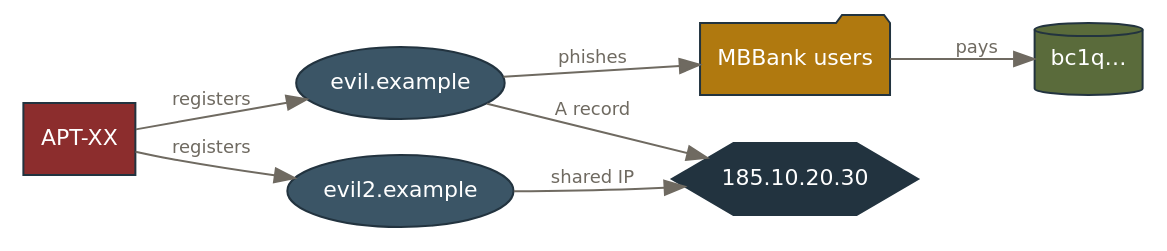
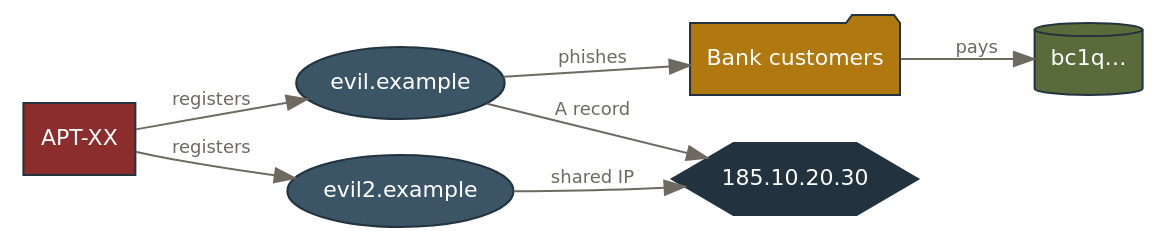
Before and after one commit to Zeroska/Ordo: the diagram in IntelGraph/references/graphviz_recipes.md, drawn with Graphviz. The commit also changed 10 other files, not shown here.

````diff
--- a/IntelGraph/references/graphviz_recipes.md
+++ b/IntelGraph/references/graphviz_recipes.md
@@ -15,22 +15,22 @@
 ```dot
 digraph infra {
   rankdir=LR;
   bgcolor="white";
   node [style="filled", fontname="DejaVu Sans", fontsize=11, color="#22333f", fontcolor="white"];
   edge [color="#6f6a61", fontname="DejaVu Sans", fontsize=9, fontcolor="#6f6a61"];
 
   actor  [label="APT-XX",        shape=box,      fillcolor="#8c2d2d"];
   d1     [label="evil.example",  shape=ellipse,  fillcolor="#3b5566"];
   d2     [label="evil2.example", shape=ellipse,  fillcolor="#3b5566"];
   ip1    [label="185.10.20.30",  shape=hexagon,  fillcolor="#22333f"];
-  victim [label="MBBank users",  shape=folder,   fillcolor="#b0790f"];
+  victim [label="Bank customers", shape=folder,   fillcolor="#b0790f"];
   w1     [label="bc1q…",         shape=cylinder, fillcolor="#5a6b3b"];
 
   actor -> d1 [label="registers"];
   actor -> d2 [label="registers"];
   d1 -> ip1   [label="A record"];
   d2 -> ip1   [label="shared IP"];
   d1 -> victim [label="phishes"];
   victim -> w1 [label="pays"];
 }
 ```
````
